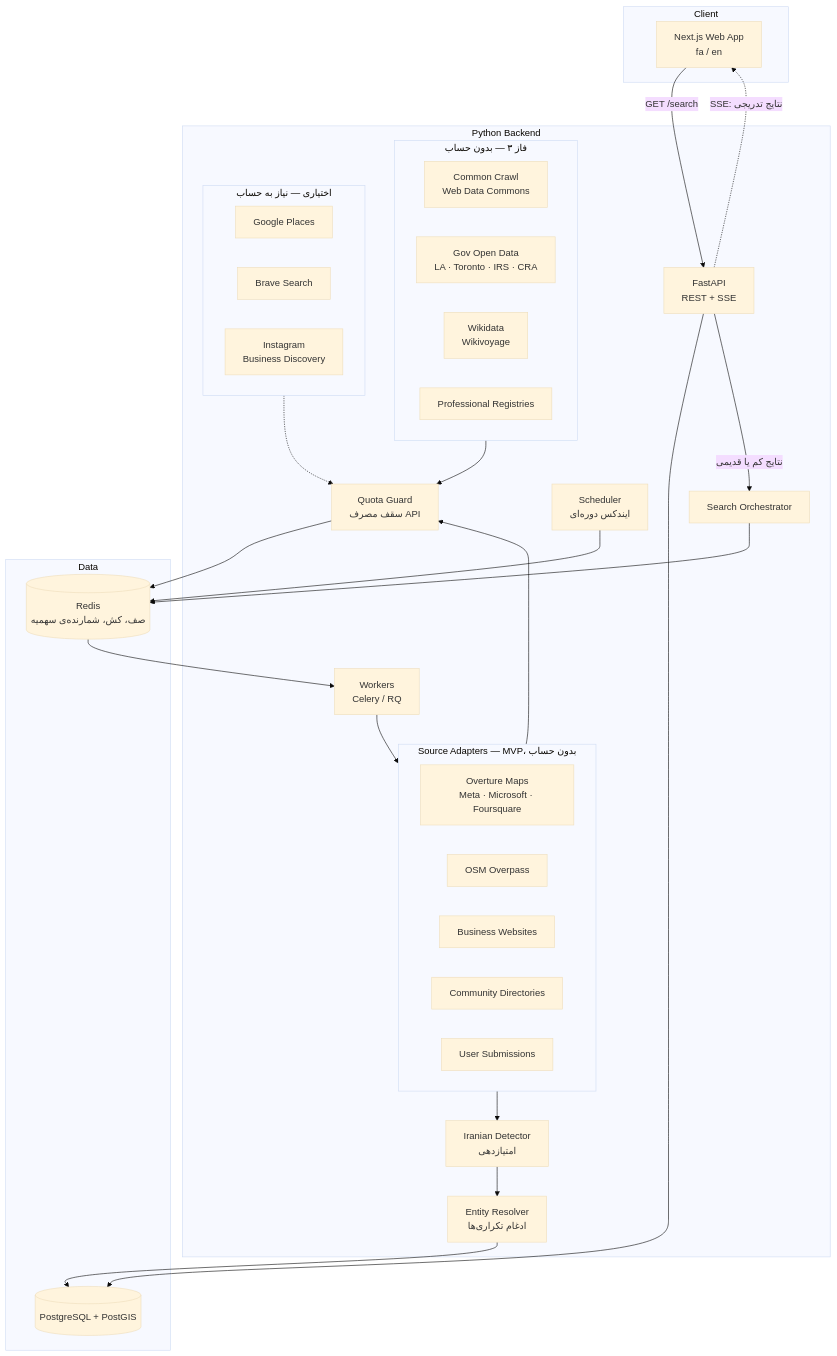
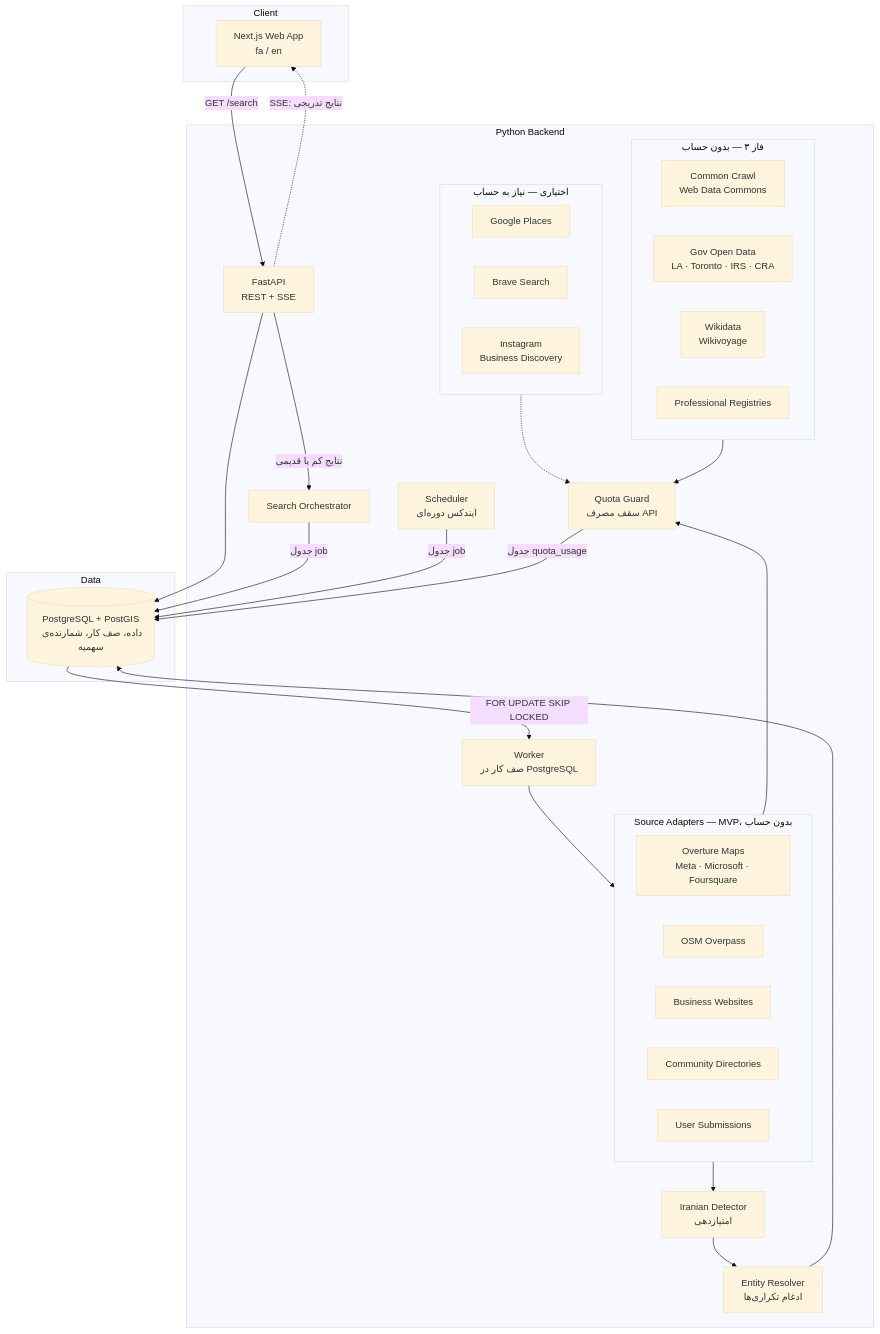
One commit to TahaFzl/FarsiYab changed the diagram in docs/02-architecture.md. Above: the diagram before and after it, drawn with Mermaid (base theme). The commit also changed other lines of this file and 67 other files, not shown here.

````diff
--- a/docs/02-architecture.md
+++ b/docs/02-architecture.md
@@ -13,53 +13,52 @@
 ```mermaid
 flowchart TB
     subgraph Client
         W[Next.js Web App<br/>fa / en]
     end
 
     subgraph Backend[Python Backend]
         API[FastAPI<br/>REST + SSE]
         ORCH[Search Orchestrator]
         SCHED[Scheduler<br/>ایندکس دوره‌ای]
-        WK[Workers<br/>Celery / RQ]
+        WK[Worker<br/>صف کار در PostgreSQL]
         subgraph Adapters[Source Adapters — MVP، بدون حساب]
             A0[Overture Maps<br/>Meta · Microsoft · Foursquare]
             A1[OSM Overpass]
             A2[Business Websites]
             A5[Community Directories]
             A6[User Submissions]
         end
         subgraph Phase3[فاز ۳ — بدون حساب]
             B1[Common Crawl<br/>Web Data Commons]
             B2[Gov Open Data<br/>LA · Toronto · IRS · CRA]
             B3[Wikidata<br/>Wikivoyage]
             B4[Professional Registries]
         end
         subgraph Optional[اختیاری — نیاز به حساب]
             O1[Google Places]
             O2[Brave Search]
             O3[Instagram<br/>Business Discovery]
         end
         DET[Iranian Detector<br/>امتیازدهی]
         DEDUP[Entity Resolver<br/>ادغام تکراری‌ها]
         QUOTA[Quota Guard<br/>سقف مصرف API]
     end
 
     subgraph Data
-        PG[(PostgreSQL + PostGIS)]
-        RD[(Redis<br/>صف، کش، شمارنده‌ی سهمیه)]
+        PG[(PostgreSQL + PostGIS<br/>داده، صف کار، شمارنده‌ی سهمیه)]
     end
 
     W -->|GET /search| API
     API --> PG
     API -->|نتایج کم یا قدیمی| ORCH
-    ORCH --> RD
-    SCHED --> RD
-    RD --> WK
+    ORCH -->|جدول job| PG
+    SCHED -->|جدول job| PG
+    PG -->|FOR UPDATE SKIP LOCKED| WK
     WK --> Adapters
     Adapters --> QUOTA
     Optional -.-> QUOTA
     Phase3 --> QUOTA
-    QUOTA --> RD
+    QUOTA -->|جدول quota_usage| PG
     Adapters --> DET --> DEDUP --> PG
     API -.->|SSE: نتایج تدریجی| W
 ```
````
